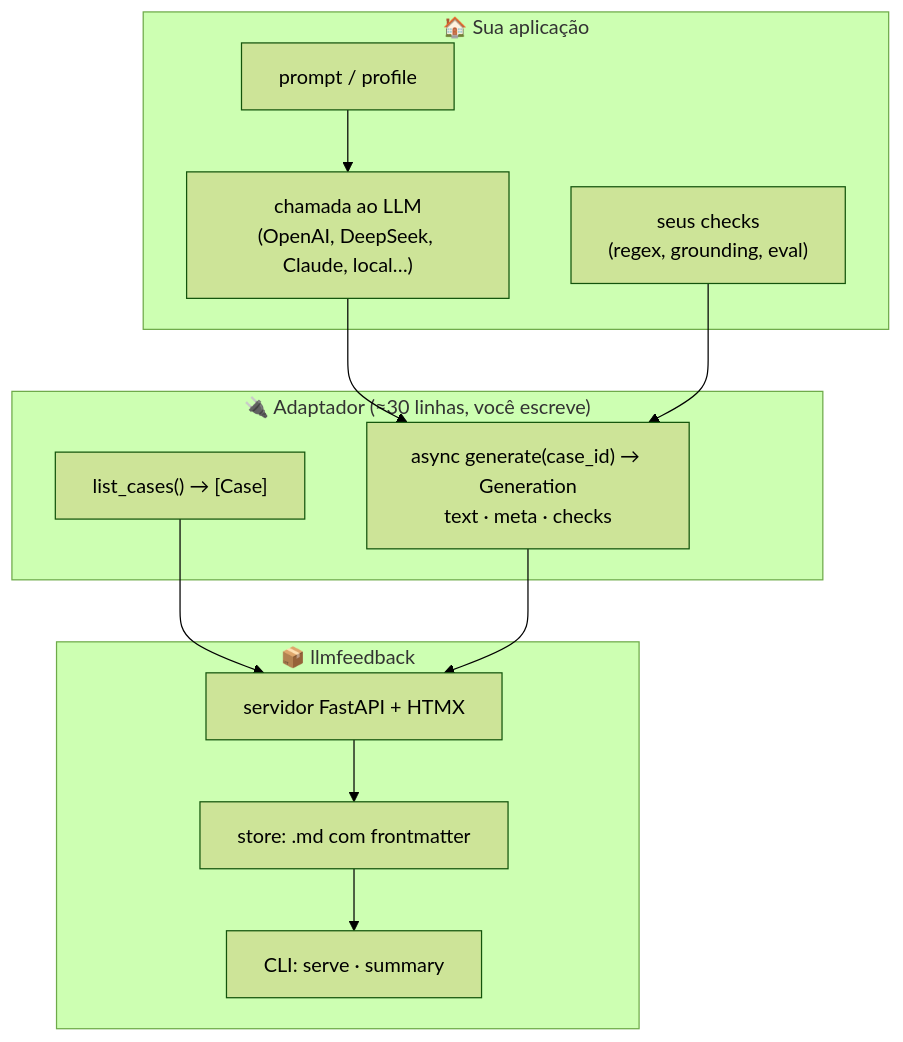
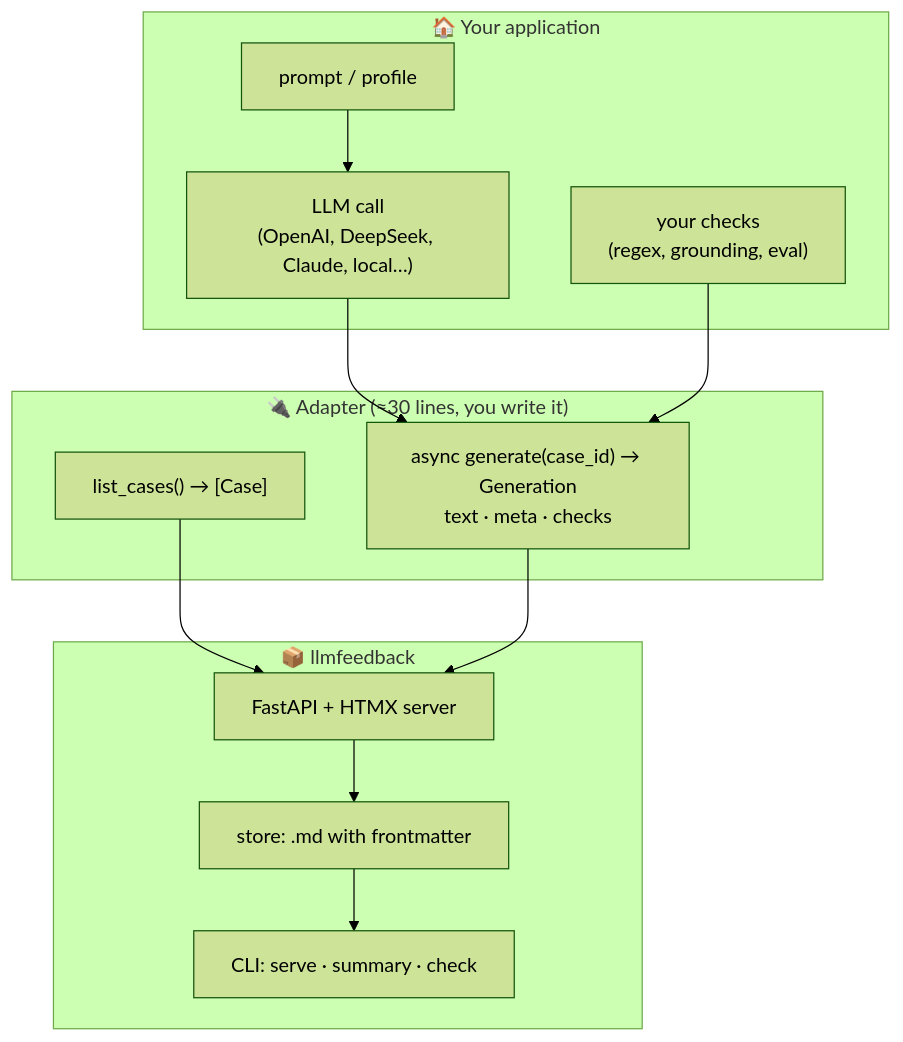
The second of 4 diagrams in README.md (ysrael12/llmfeedback), drawn with Mermaid (forest theme) before and after one commit. The commit also changed other lines of this file and 16 other files, not shown here.

````diff
--- a/README.md
+++ b/README.md
@@ -40,26 +58,26 @@
 ```mermaid
 flowchart TB
-    subgraph SUA["🏠 Sua aplicação"]
+    subgraph SUA["🏠 Your application"]
         P["prompt / profile"]
-        L["chamada ao LLM<br/>(OpenAI, DeepSeek, Claude, local…)"]
-        K["seus checks<br/>(regex, grounding, eval)"]
+        L["LLM call<br/>(OpenAI, DeepSeek, Claude, local…)"]
+        K["your checks<br/>(regex, grounding, eval)"]
     end
 
-    subgraph AD["🔌 Adaptador (≈30 linhas, você escreve)"]
+    subgraph AD["🔌 Adapter (≈30 lines, you write it)"]
         LC["list_cases() → [Case]"]
         G["async generate(case_id) → Generation<br/>text · meta · checks"]
     end
 
     subgraph LF["📦 llmfeedback"]
-        S["servidor FastAPI + HTMX"]
-        ST["store: .md com frontmatter"]
-        CLI["CLI: serve · summary"]
+        S["FastAPI + HTMX server"]
+        ST["store: .md with frontmatter"]
+        CLI["CLI: serve · summary · check"]
     end
 
     LC --> S
     G --> S
     P --> L --> G
     K --> G
     S --> ST
     ST --> CLI
 ```
````
